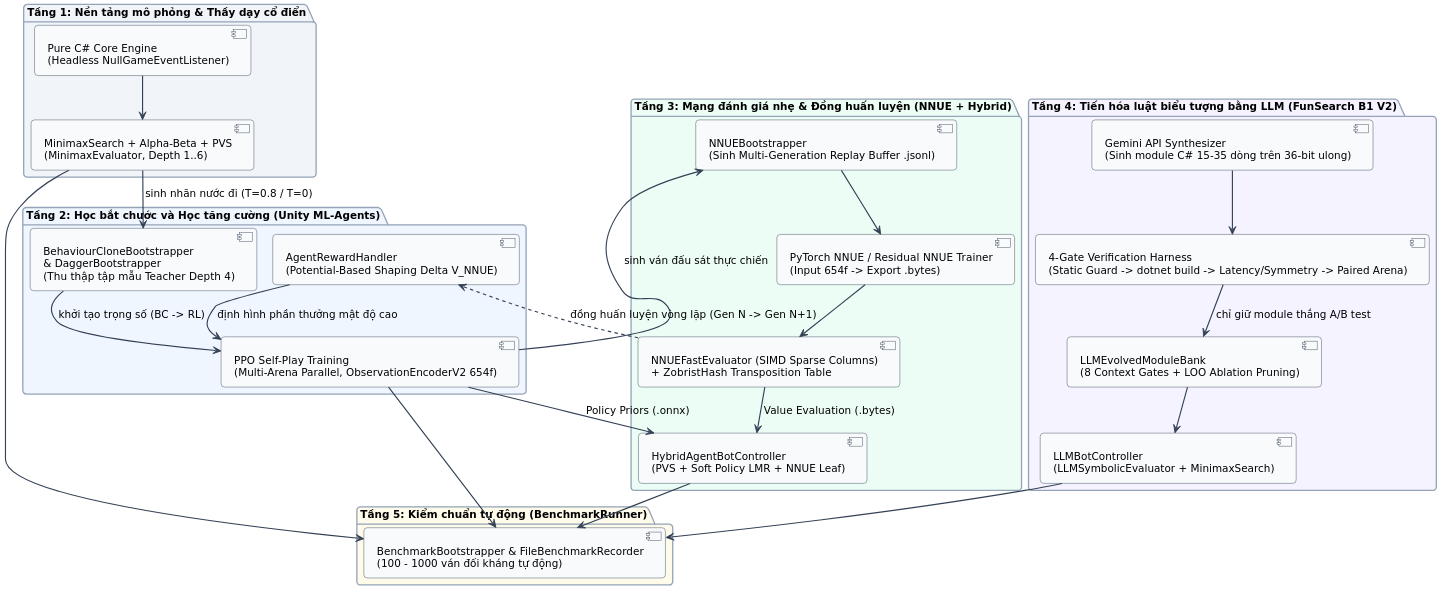
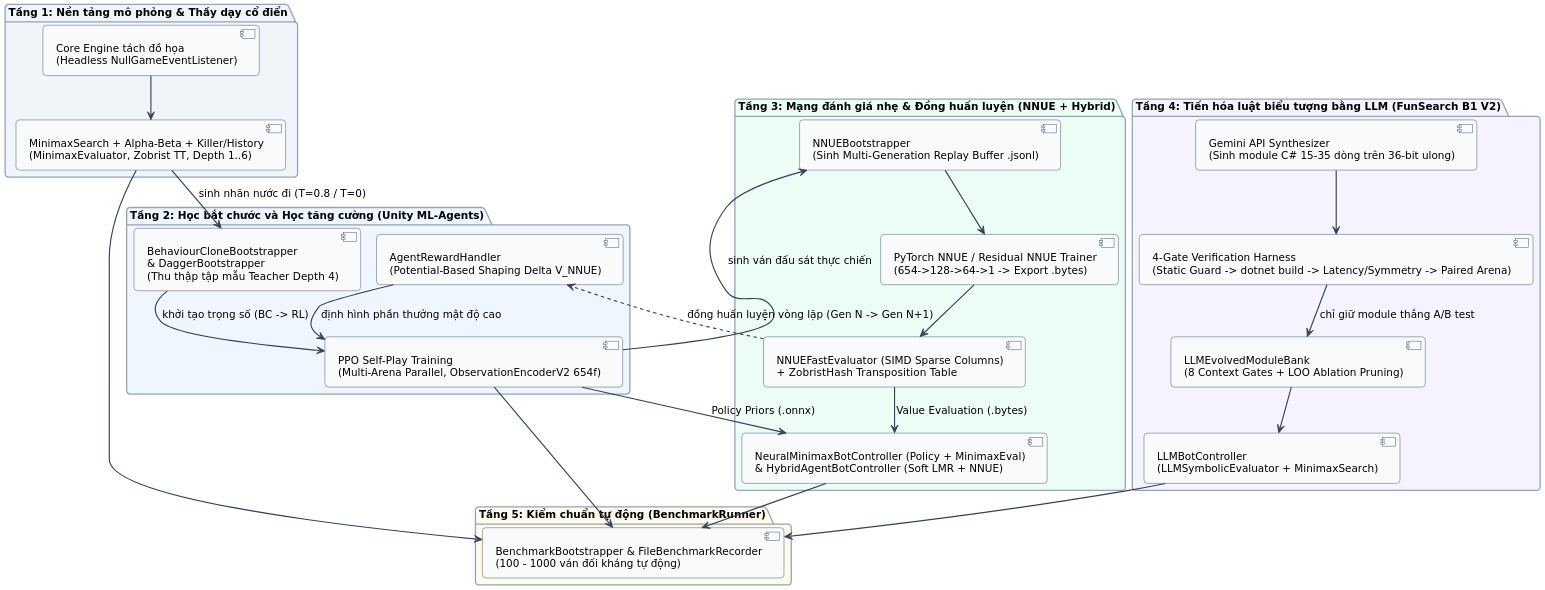
Before and after one commit to ThienVan1208/DACN-261-Report: the diagram in Diagrams/puml/09_pipeline_ai_training.puml, drawn with PlantUML. The commit also changed 41 other files, not shown here.

Commit message:
update diagrams

```diff
--- a/Diagrams/puml/09_pipeline_ai_training.puml
+++ b/Diagrams/puml/09_pipeline_ai_training.puml
@@ -1,83 +1,83 @@
 @startuml
 !pragma layout smetana
 skinparam dpi 170
 skinparam backgroundColor #FFFFFF
 skinparam shadowing false
 skinparam defaultFontName "DejaVu Sans"
 skinparam defaultFontSize 12
 skinparam roundcorner 8
 skinparam ArrowColor #334155
 skinparam ArrowThickness 1.3
 skinparam BorderColor #475569
 skinparam ClassBackgroundColor #F8FAFC
 skinparam ClassBorderColor #334155
 skinparam ClassHeaderBackgroundColor #E2E8F0
 skinparam PackageBackgroundColor #FFFFFF
 skinparam PackageBorderColor #64748B
 skinparam ComponentBackgroundColor #F8FAFC
 skinparam ComponentBorderColor #334155
 skinparam RectangleBackgroundColor #F8FAFC
 skinparam RectangleBorderColor #334155
 skinparam UsecaseBackgroundColor #F1F5F9
 skinparam UsecaseBorderColor #334155
 skinparam ActorBackgroundColor #E2E8F0
 skinparam ActorBorderColor #334155
 skinparam StateBackgroundColor #F8FAFC
 skinparam StateBorderColor #334155
 skinparam SequenceParticipantBackgroundColor #F1F5F9
 skinparam SequenceParticipantBorderColor #334155
 skinparam SequenceLifeLineBorderColor #64748B
 skinparam SequenceGroupBackgroundColor #F8FAFC
 skinparam SequenceGroupBorderColor #94A3B8
 skinparam NoteBackgroundColor #FFFBEB
 skinparam NoteBorderColor #D97706
 
 top to bottom direction
 
 package "Tầng 1: Nền tảng mô phỏng & Thầy dạy cổ điển" #F1F5F9 {
-  [Pure C# Core Engine\n(Headless NullGameEventListener)] as Core
-  [MinimaxSearch + Alpha-Beta + PVS\n(MinimaxEvaluator, Depth 1..6)] as Minimax
+  [Core Engine tách đồ họa\n(Headless NullGameEventListener)] as Core
+  [MinimaxSearch + Alpha-Beta + Killer/History\n(MinimaxEvaluator, Zobrist TT, Depth 1..6)] as Minimax
   Core --> Minimax
 }
 
 package "Tầng 2: Học bắt chước và Học tăng cường (Unity ML-Agents)" #EFF6FF {
   [BehaviourCloneBootstrapper\n& DaggerBootstrapper\n(Thu thập tập mẫu Teacher Depth 4)] as BC
   [PPO Self-Play Training\n(Multi-Arena Parallel, ObservationEncoderV2 654f)] as PPO
   [AgentRewardHandler\n(Potential-Based Shaping Delta V_NNUE)] as Reward
   Minimax --> BC : sinh nhãn nước đi (T=0.8 / T=0)
   BC --> PPO : khởi tạo trọng số (BC -> RL)
   Reward --> PPO : định hình phần thưởng mật độ cao
 }
 
 package "Tầng 3: Mạng đánh giá nhẹ & Đồng huấn luyện (NNUE + Hybrid)" #ECFDF5 {
   [NNUEBootstrapper\n(Sinh Multi-Generation Replay Buffer .jsonl)] as NNUEData
-  [PyTorch NNUE / Residual NNUE Trainer\n(Input 654f -> Export .bytes)] as NNUETrain
+  [PyTorch NNUE / Residual NNUE Trainer\n(654->128->64->1 -> Export .bytes)] as NNUETrain
   [NNUEFastEvaluator (SIMD Sparse Columns)\n+ ZobristHash Transposition Table] as NNUEEval
-  [HybridAgentBotController\n(PVS + Soft Policy LMR + NNUE Leaf)] as Hybrid
+  [NeuralMinimaxBotController (Policy + MinimaxEval)\n& HybridAgentBotController (Soft LMR + NNUE)] as Hybrid
   PPO --> NNUEData : sinh ván đấu sát thực chiến
   NNUEData --> NNUETrain
   NNUETrain --> NNUEEval
   PPO --> Hybrid : Policy Priors (.onnx)
   NNUEEval --> Hybrid : Value Evaluation (.bytes)
   NNUEEval ..> Reward : đồng huấn luyện vòng lặp (Gen N -> Gen N+1)
 }
 
 package "Tầng 4: Tiến hóa luật biểu tượng bằng LLM (FunSearch B1 V2)" #F5F3FF {
   [Gemini API Synthesizer\n(Sinh module C# 15-35 dòng trên 36-bit ulong)] as Gemini
   [4-Gate Verification Harness\n(Static Guard -> dotnet build -> Latency/Symmetry -> Paired Arena)] as Gate
   [LLMEvolvedModuleBank\n(8 Context Gates + LOO Ablation Pruning)] as Bank
   [LLMBotController\n(LLMSymbolicEvaluator + MinimaxSearch)] as LLMBot
   Gemini --> Gate
   Gate --> Bank : chỉ giữ module thắng A/B test
   Bank --> LLMBot
 }
 
 package "Tầng 5: Kiểm chuẩn tự động (BenchmarkRunner)" #FFFBEB {
   [BenchmarkBootstrapper & FileBenchmarkRecorder\n(100 - 1000 ván đối kháng tự động)] as Bench
 }
 
 Minimax --> Bench
 PPO --> Bench
 Hybrid --> Bench
 LLMBot --> Bench
 @enduml
```
